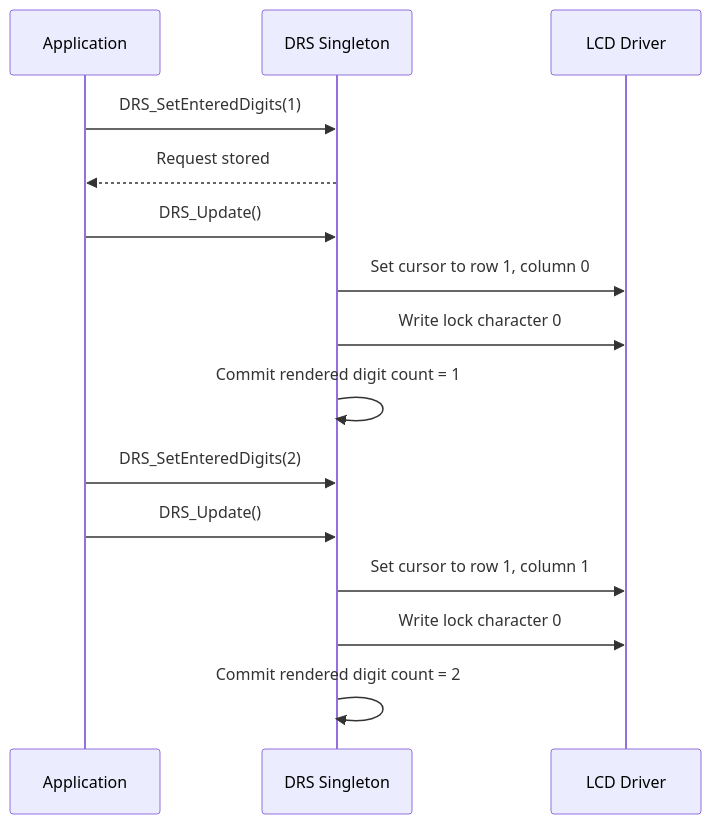
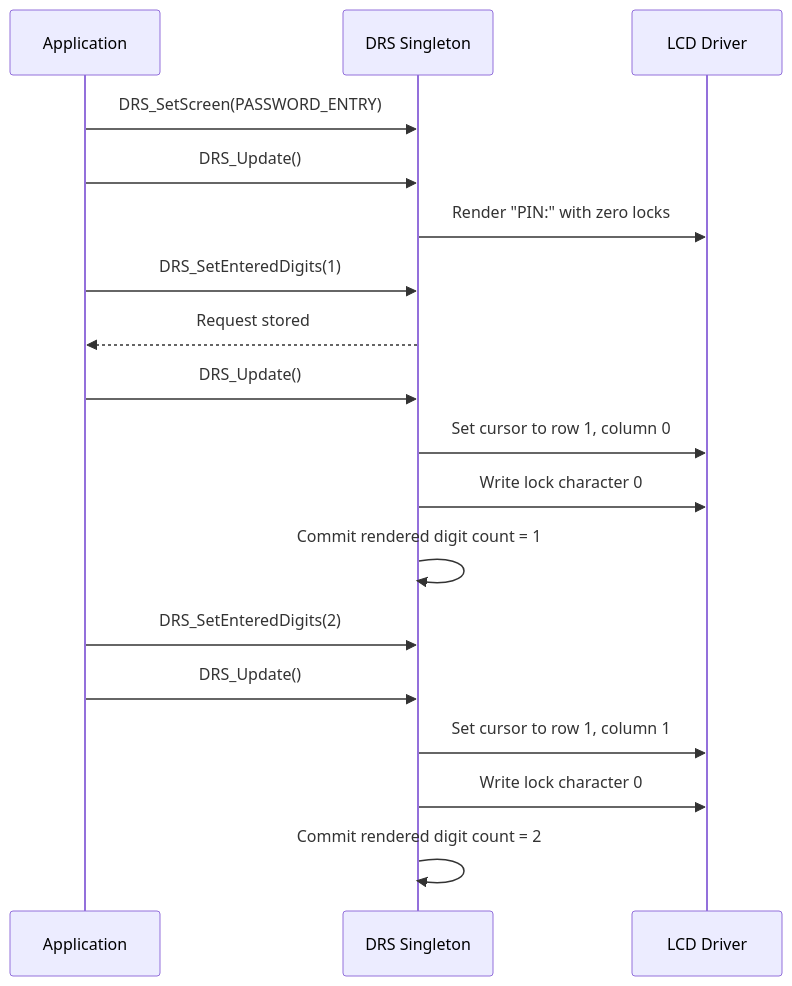
One commit to JP-REY/STM32F103C8T6-Based-Electronic-Lock changed the fourth of 5 diagrams in Libs/Services/Display_Render/README.md. Above: the diagram before and after it, drawn with Mermaid. The commit also changed other lines of this file and 2 other files, not shown here.

Commit message:
feature(display-render): add credential register screens

````diff
--- a/Libs/Services/Display_Render/README.md
+++ b/Libs/Services/Display_Render/README.md
@@ -677,19 +693,23 @@
 ```mermaid
 sequenceDiagram
     participant APP as Application
     participant DRS as DRS Singleton
     participant LCD as LCD Driver
+
+    APP->>DRS: DRS_SetScreen(PASSWORD_ENTRY)
+    APP->>DRS: DRS_Update()
+    DRS->>LCD: Render "PIN:" with zero locks
 
     APP->>DRS: DRS_SetEnteredDigits(1)
     DRS-->>APP: Request stored
     APP->>DRS: DRS_Update()
     DRS->>LCD: Set cursor to row 1, column 0
     DRS->>LCD: Write lock character 0
     DRS->>DRS: Commit rendered digit count = 1
 
     APP->>DRS: DRS_SetEnteredDigits(2)
     APP->>DRS: DRS_Update()
     DRS->>LCD: Set cursor to row 1, column 1
     DRS->>LCD: Write lock character 0
     DRS->>DRS: Commit rendered digit count = 2
 ```
````
